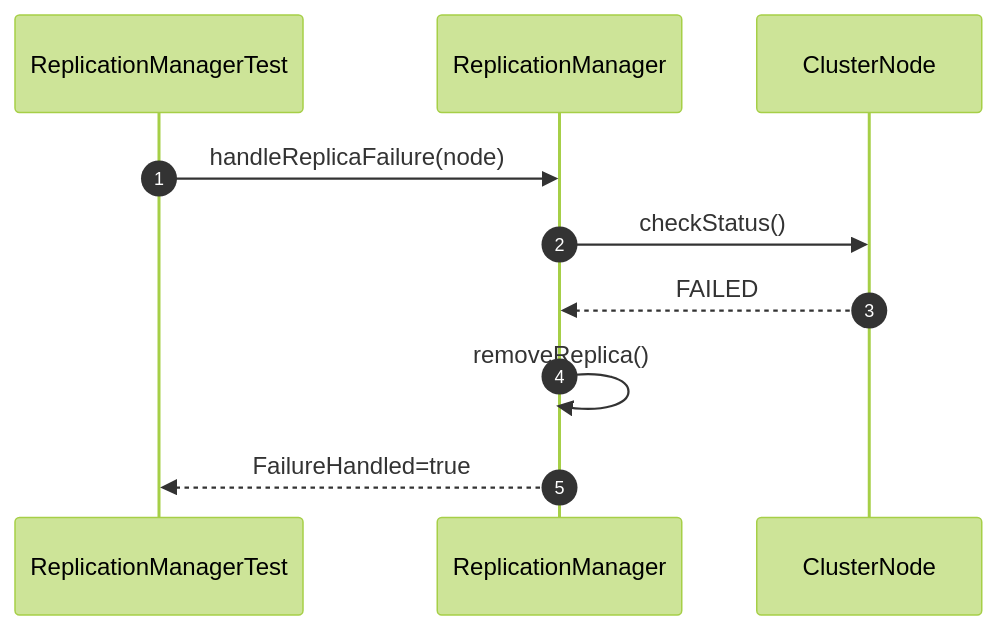
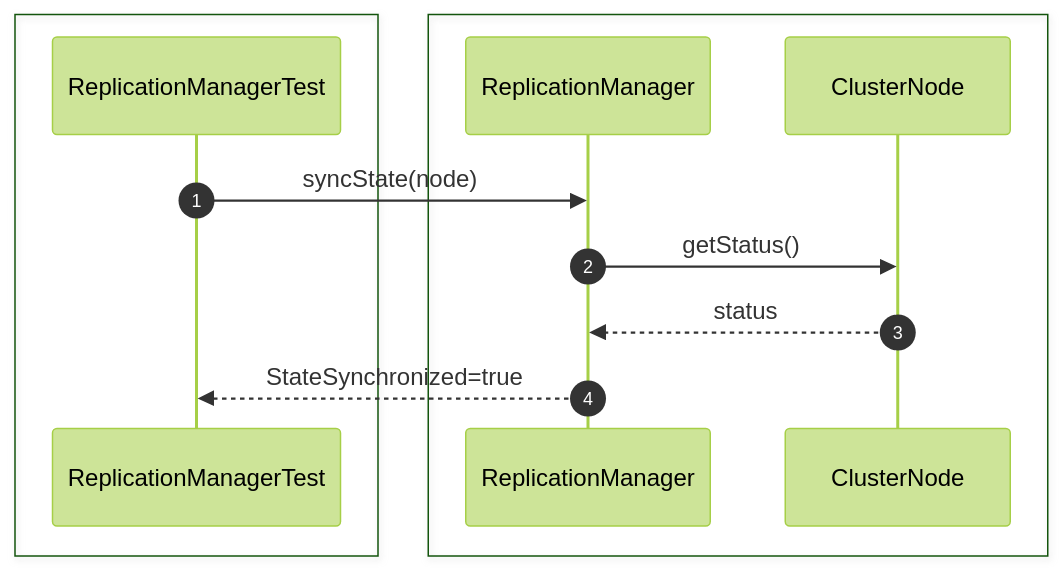
Before and after one commit to Huy1801214/dbms-architecture: the seventh of 26 diagrams in src/sequence/replication.md, drawn with Mermaid (forest theme). The commit also changed other lines of this file and 10 other files, not shown here.

Commit message:
add comprehensive sequence diagrams and documentation for system architecture and unit testing specifications

````diff
--- a/src/sequence/replication.md
+++ b/src/sequence/replication.md
@@ -65,17 +126,17 @@
 ```mermaid
 sequenceDiagram
     autonumber
+
+    box #e1f5fe Test Suite
     participant Test as ReplicationManagerTest
-    participant Replication as ReplicationManager
+    end
+    box #ffebee Replication Components
+    participant Manager as ReplicationManager
     participant Node as ClusterNode
+    end
 
-    Test->>Replication: handleReplicaFailure(node)
-
-    Replication->>Node: checkStatus()
-
-    Node-->>Replication: FAILED
-
-    Replication->>Replication: removeReplica()
-
-    Replication-->>Test: FailureHandled=true
+    Test->>Manager: syncState(node)
+    Manager->>Node: getStatus()
+    Node-->>Manager: status
+    Manager-->>Test: StateSynchronized=true
 ```
````
